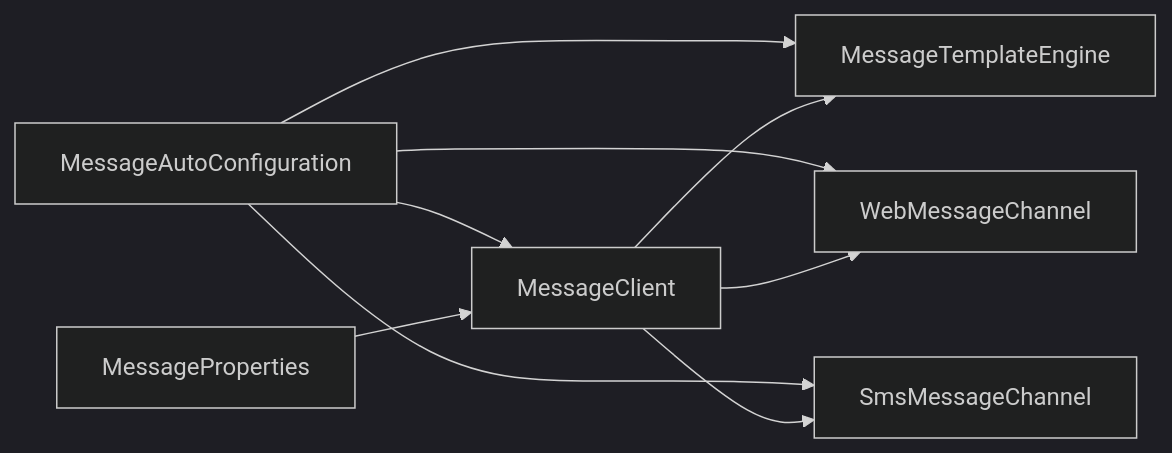
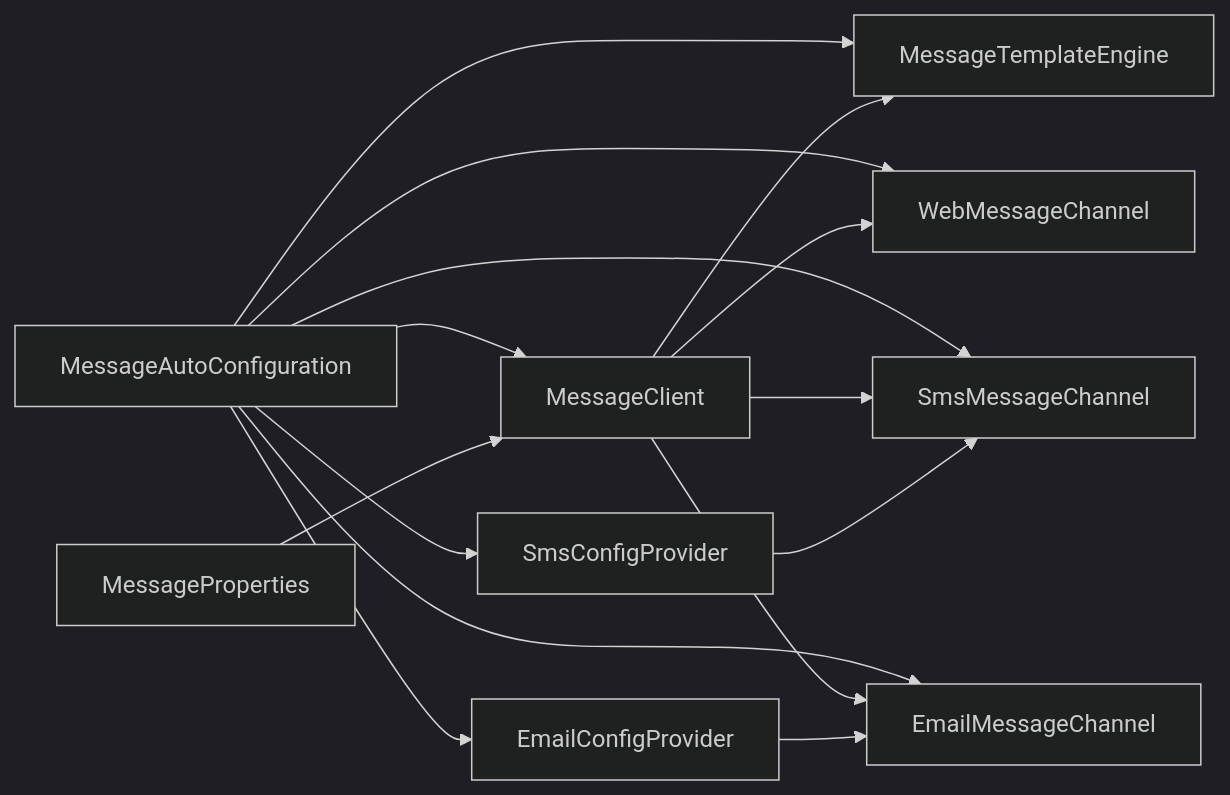
Before and after one commit to yaomindong1996/forge-admin: the seventh of 7 diagrams in .qoder/repowiki/zh/content/后端框架详解/专用功能模块/消息通知模块.md, drawn with Mermaid (dark theme). The commit also changed other lines of this file and 57 other files, not shown here.

````diff
--- a/.qoder/repowiki/zh/content/后端框架详解/专用功能模块/消息通知模块.md
+++ b/.qoder/repowiki/zh/content/后端框架详解/专用功能模块/消息通知模块.md
@@ -315,11 +527,17 @@
 ```mermaid
 graph LR
 Auto["MessageAutoConfiguration"] --> Eng["MessageTemplateEngine"]
 Auto --> Web["WebMessageChannel"]
 Auto --> Sms["SmsMessageChannel"]
+Auto --> Email["EmailMessageChannel"]
 Auto --> Cli["MessageClient"]
+Auto --> EmailProv["EmailConfigProvider"]
+Auto --> SmsProv["SmsConfigProvider"]
 Props["MessageProperties"] --> Cli
 Cli --> Eng
 Cli --> Web
 Cli --> Sms
+Cli --> Email
+EmailProv --> Email
+SmsProv --> Sms
 ```
````
